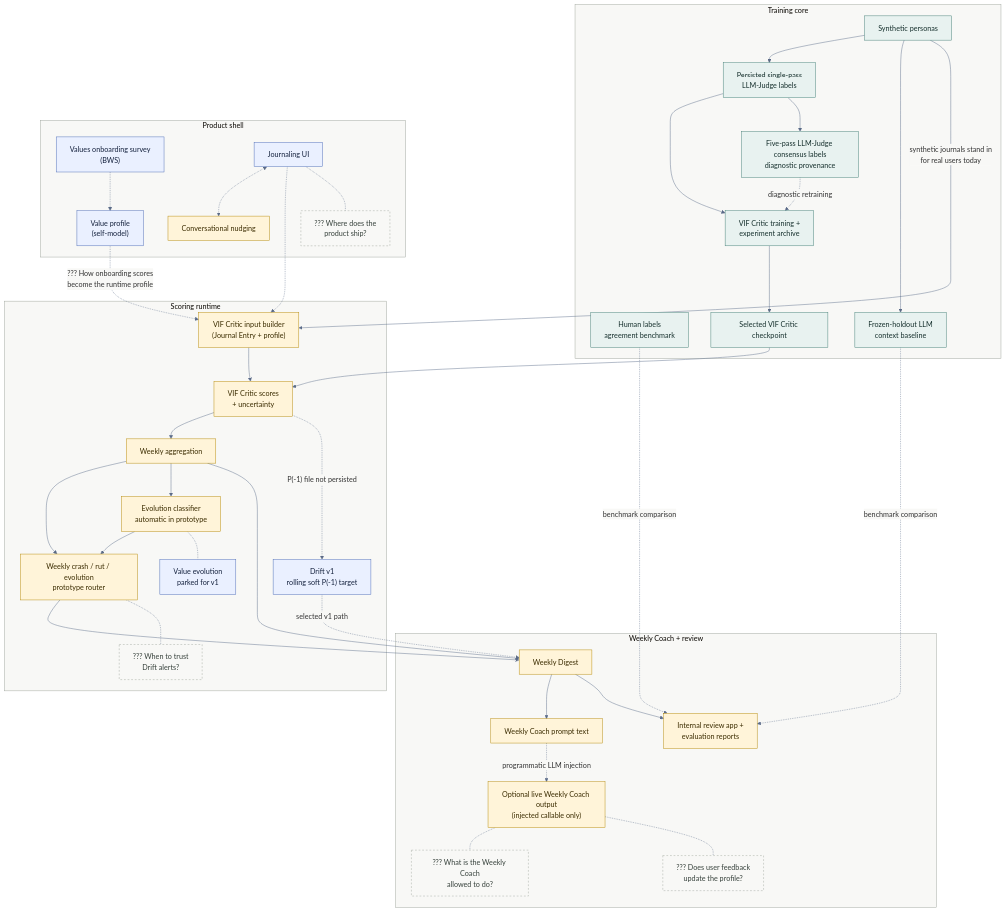
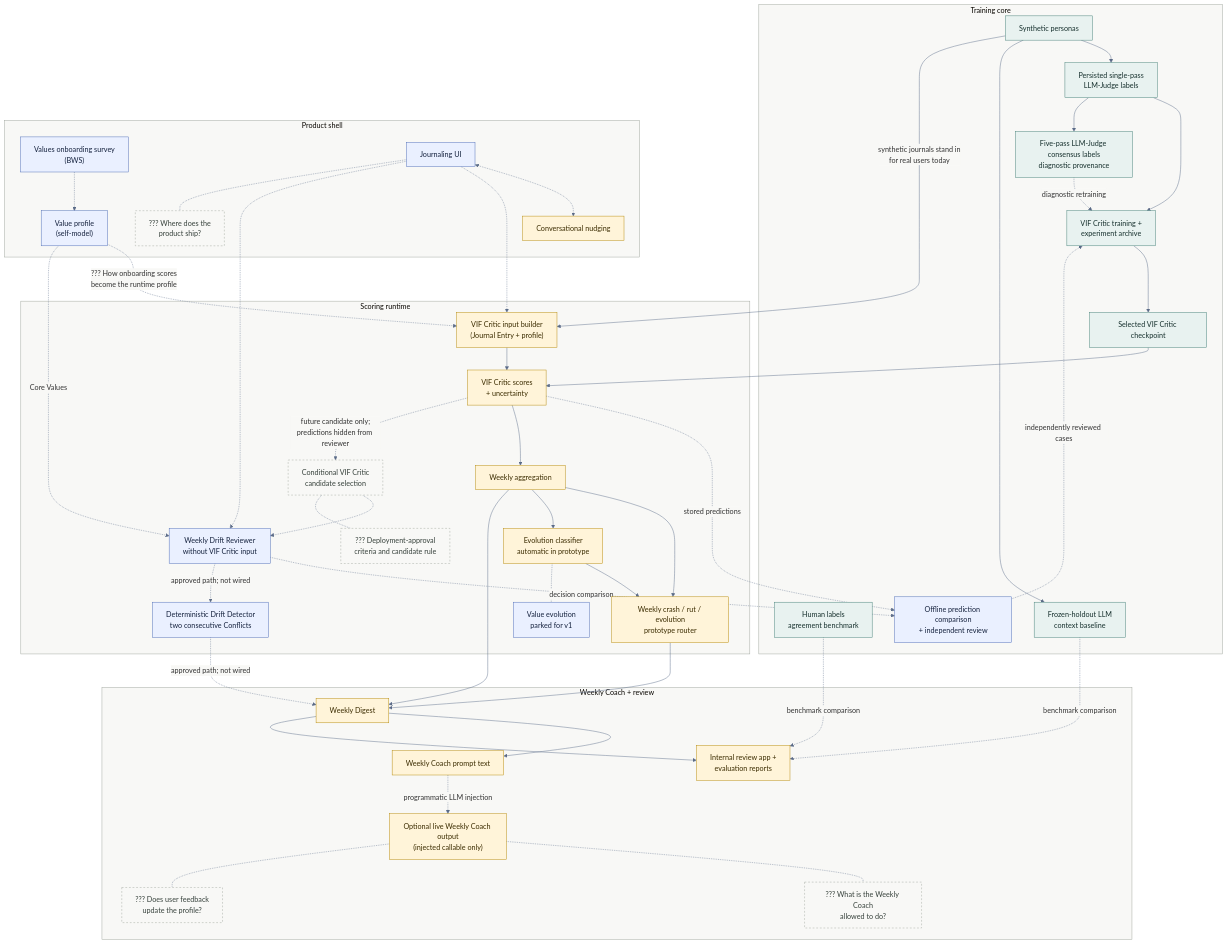
Before and after one commit to DesmondChoy/twinkl: the diagram in docs/architecture/e2e_architecture.md, drawn with Mermaid. The commit also changed other lines of this file and 26 other files, not shown here.

Commit message:
docs: adopt staged VIF architecture (twinkl-752.2)

````diff
--- a/docs/architecture/e2e_architecture.md
+++ b/docs/architecture/e2e_architecture.md
@@ -40,6 +40,7 @@
         critic_train["VIF Critic training +<br/>experiment archive"]
         checkpoint["Selected VIF Critic checkpoint"]
         llm_baseline["Frozen-holdout LLM<br/>context baseline"]
+        offline_review["Offline prediction comparison<br/>+ independent review"]
     end
 
     subgraph product["Product shell"]
@@ -55,9 +56,11 @@
         scores["VIF Critic scores<br/>+ uncertainty"]
         weekly["Weekly aggregation"]
         drift["Weekly crash / rut / evolution<br/>prototype router"]
-        drift_v1["Drift v1<br/>rolling soft P(-1) target"]
+        reviewer["Weekly Drift Reviewer<br/>without VIF Critic input"]
+        drift_v1["Deterministic Drift Detector<br/>two consecutive Conflicts"]
+        candidate["Conditional VIF Critic<br/>candidate selection"]
         evolution["Evolution classifier<br/>automatic in prototype"]
-        d_trigger["??? When to trust<br/>Drift alerts?"]
+        d_trigger["??? Deployment-approval<br/>criteria and candidate rule"]
         d_evolution["Value evolution<br/>parked for v1"]
     end
 
@@ -76,6 +79,9 @@
     consensus -. "diagnostic retraining" .-> critic_train
     personas --> llm_baseline
     llm_baseline -. "benchmark comparison" .-> review
+    scores -. "stored predictions" .-> offline_review
+    reviewer -. "decision comparison" .-> offline_review
+    offline_review -. "independently reviewed cases" .-> critic_train
 
     %% Human benchmark, not label production
     annotation -. "benchmark comparison" .-> review
@@ -84,7 +90,9 @@
     onboarding -.-> profile
     journaling <-.-> nudges
     journaling -.-> state
+    journaling -.-> reviewer
     profile -. "??? How onboarding scores<br/>become the runtime profile" .-> state
+    profile -. "Core Values" .-> reviewer
 
     %% What actually feeds the runtime today
     personas -->|"synthetic journals stand in<br/>for real users today"| state
@@ -93,25 +101,27 @@
     checkpoint --> scores
     state --> scores --> weekly --> drift
     weekly --> evolution --> drift
-    scores -. "P(-1) file not persisted" .-> drift_v1
+    reviewer -. "approved path; not wired" .-> drift_v1
+    scores -. "future candidate only;<br/>predictions hidden from reviewer" .-> candidate
+    candidate -.-> reviewer
 
     %% Weekly Coach + review (wired, experimental)
     drift --> digest
     weekly --> digest
-    drift_v1 -. "selected v1 path" .-> digest
+    drift_v1 -. "approved path; not wired" .-> digest
     digest --> prompt
     prompt -. "programmatic LLM injection" .-> narrative
     digest --> review
 
     %% Open decisions attached to where they bite
     journaling -.- d_surface
-    drift -.- d_trigger
+    candidate -.- d_trigger
     evolution -.- d_evolution
     narrative -.- d_boundary
     narrative -.- d_feedback
 
     class personas,judge,consensus,annotation,critic_train,checkpoint,llm_baseline implemented;
     class state,scores,weekly,drift,evolution,digest,prompt,narrative,review,nudges partial;
-    class onboarding,profile,journaling,drift_v1,d_evolution specified;
-    class d_surface,d_trigger,d_boundary,d_feedback decision;
+    class onboarding,profile,journaling,reviewer,drift_v1,offline_review,d_evolution specified;
+    class candidate,d_surface,d_trigger,d_boundary,d_feedback decision;
 ```
````
